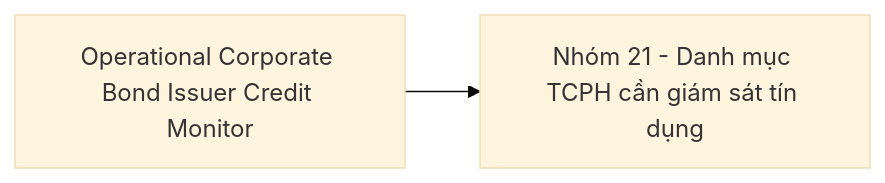
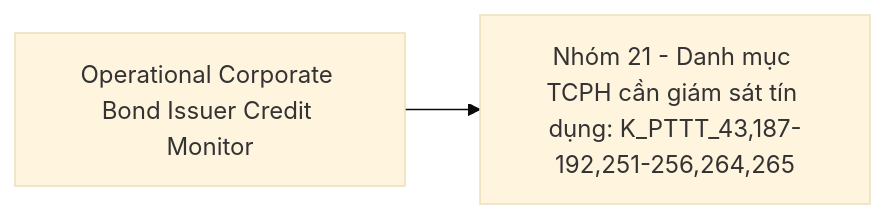
Diagram 54 of 55 in Datamart/hld/DTM_PTTT_HLD.md (linhlvit/ubck_atomic_design), drawn with Mermaid (base theme) before and after one commit. The commit also changed other lines of this file and 70 other files, not shown here.

````diff
--- a/Datamart/hld/DTM_PTTT_HLD.md
+++ b/Datamart/hld/DTM_PTTT_HLD.md
@@ -2535,4 +2477,4 @@
 ```mermaid
 flowchart LR
-    opr_corp_bond_issuer_credit["Operational Corporate Bond Issuer Credit Monitor"] --> rpt_nhom21["Nhóm 21 - Danh mục TCPH cần giám sát tín dụng"]
+    opr_corp_bond_issuer_credit["Operational Corporate Bond Issuer Credit Monitor"] --> rpt_nhom21["Nhóm 21 - Danh mục TCPH cần giám sát tín dụng: K_PTTT_43,187-192,251-256,264,265"]
 ```
````
